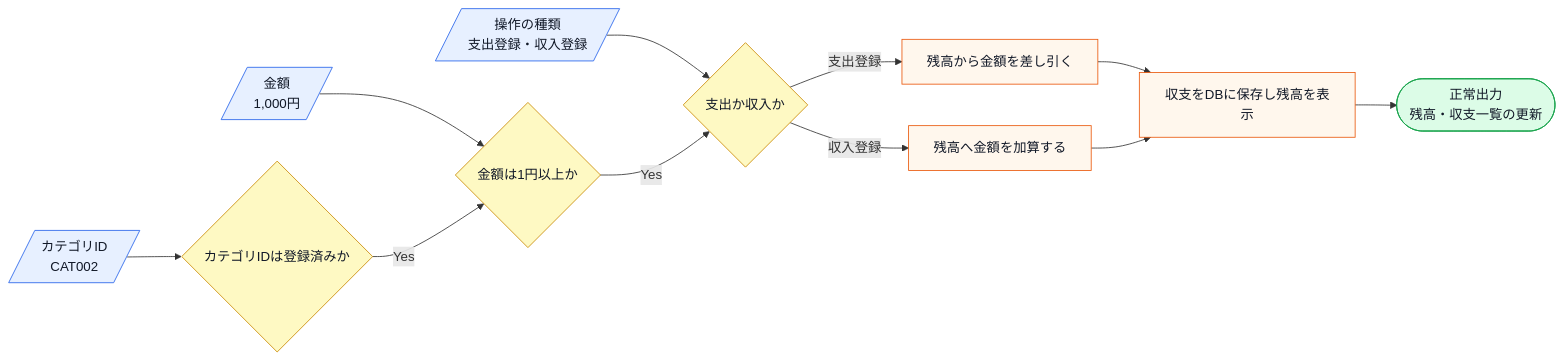
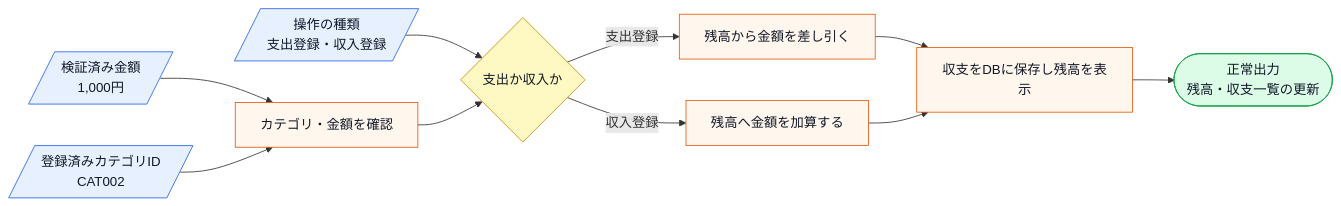
The second of 15 diagrams in kindle/design-patterns/output/chapter05.md (kumachan1101-pixel/DesignPattern), drawn with Mermaid before and after one commit. The commit also changed other lines of this file and 20 other files, not shown here.

````diff
--- a/kindle/design-patterns/output/chapter05.md
+++ b/kindle/design-patterns/output/chapter05.md
@@ -71,18 +71,17 @@
 ```mermaid
 flowchart LR
     A[/操作の種類<br>支出登録・収入登録/]:::input --> F{支出か収入か}:::decision
-    C[/金額<br>1,000円/]:::input --> D{金額は1円以上か}:::decision
-    E[/カテゴリID<br>CAT002/]:::input --> B{カテゴリIDは登録済みか}:::decision
-    B -->|Yes| D
-    D -->|Yes| F
+    C[/検証済み金額<br>1,000円/]:::input --> V[カテゴリ・金額を確認]:::process
+    E[/登録済みカテゴリID<br>CAT002/]:::input --> V
+    V --> F
     F -->|支出登録| G[残高から金額を差し引く]:::process
     F -->|収入登録| H[残高へ金額を加算する]:::process
     G --> K[収支をDBに保存し残高を表示]:::process
     H --> K
     K --> L([正常出力<br>残高・収支一覧の更新]):::normal
 
     classDef input fill:#e7f0ff,stroke:#2563eb,color:#111827;
     classDef process fill:#fff7ed,stroke:#ea580c,color:#111827;
     classDef decision fill:#fef9c3,stroke:#ca8a04,color:#111827;
     classDef normal fill:#dcfce7,stroke:#16a34a,color:#111827;
 ```
````
